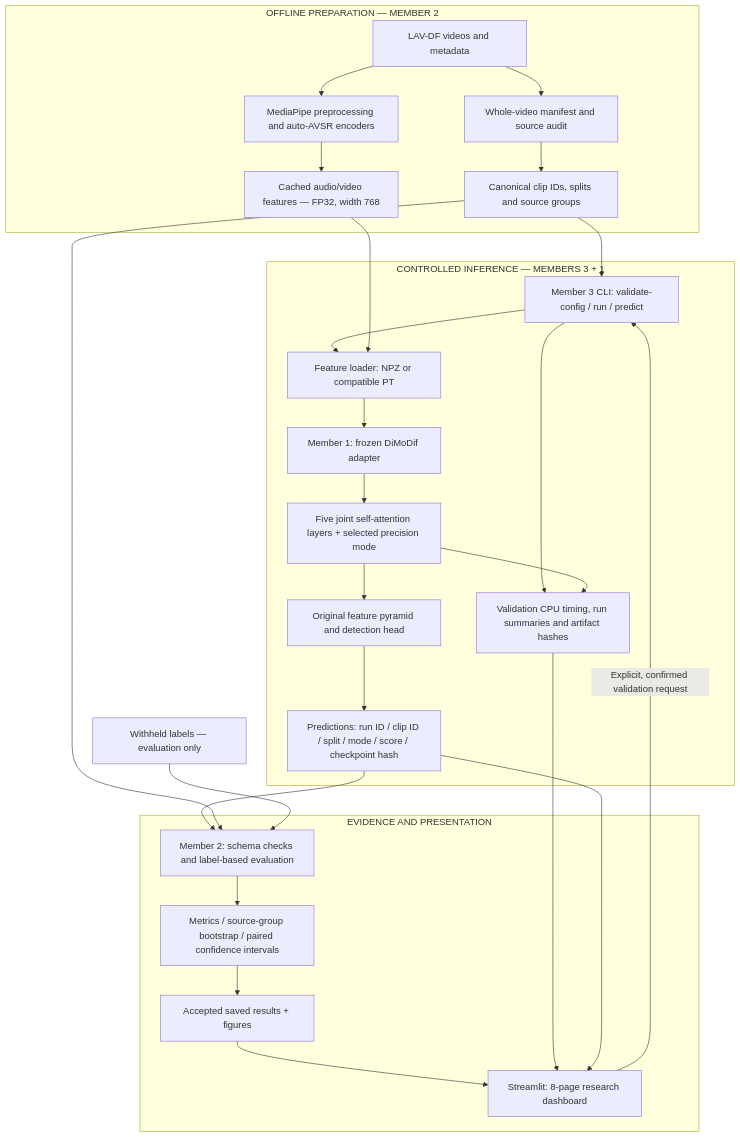
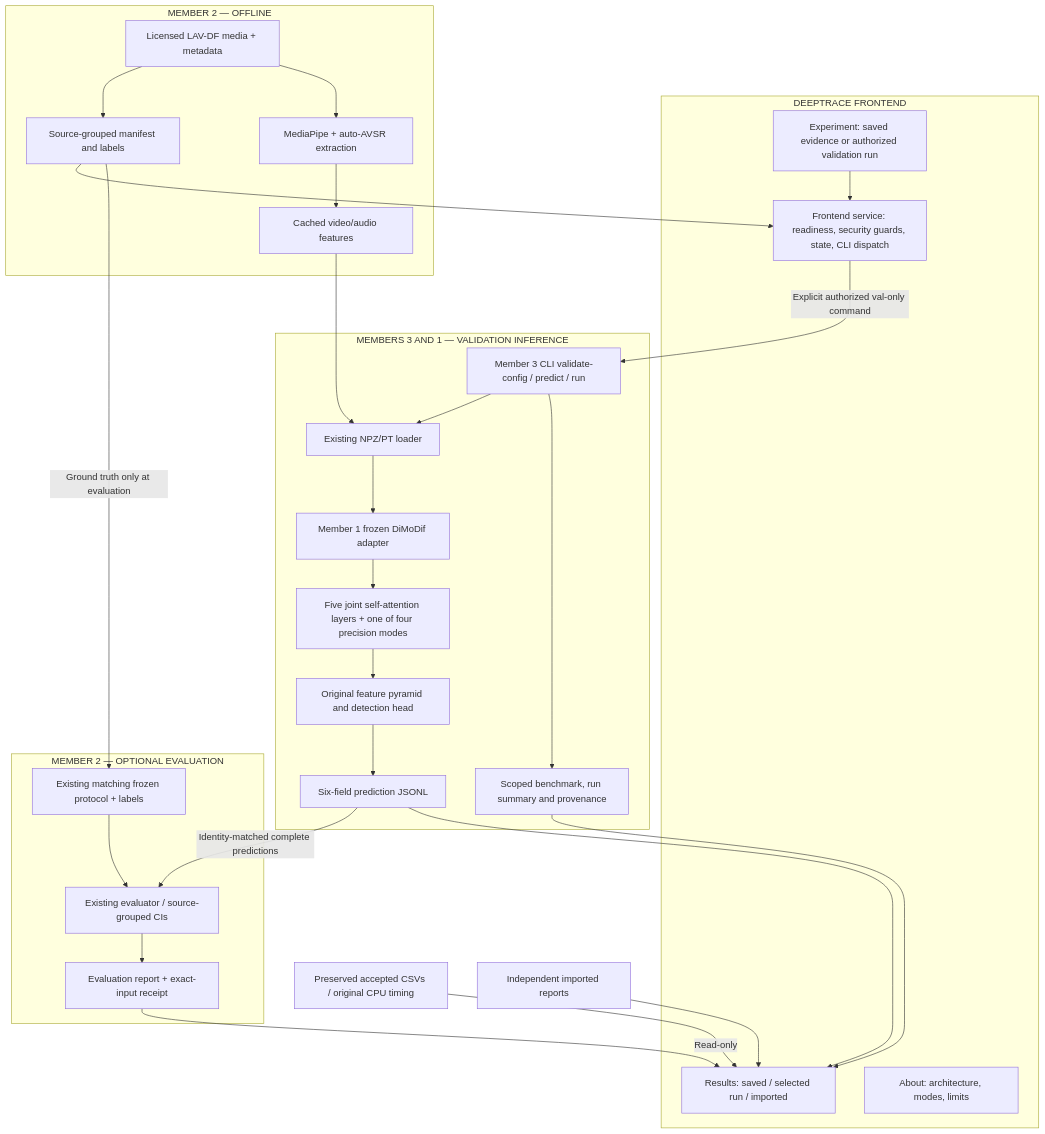
The second of 2 diagrams in README.md (SudarshanG9/AFML-project), drawn with Mermaid before and after one commit. The commit also changed other lines of this file, not shown here.

````diff
--- a/README.md
+++ b/README.md
@@ -184,38 +187,34 @@
 ```mermaid
 flowchart TB
-    subgraph OFFLINE["OFFLINE PREPARATION — MEMBER 2"]
-        A["LAV-DF videos and metadata"] --> B["Whole-video manifest and source audit"]
-        A --> C["MediaPipe preprocessing and auto-AVSR encoders"]
-        C --> D["Cached audio/video features — FP32, width 768"]
-        B --> E["Canonical clip IDs, splits and source groups"]
+    subgraph UX["DEEPTRACE FRONTEND"]
+        A["Experiment: saved evidence or authorized validation run"] --> B["Frontend service: readiness, security guards, state, CLI dispatch"]
+        C["Results: saved / selected run / imported"]
+        D["About: architecture, modes, limits"]
     end
-
-    subgraph RUNTIME["CONTROLLED INFERENCE — MEMBERS 3 + 1"]
-        F["Member 3 CLI: validate-config / run / predict"]
-        G["Feature loader: NPZ or compatible PT"]
-        H["Member 1: frozen DiMoDif adapter"]
-        I["Five joint self-attention layers + selected precision mode"]
-        J["Original feature pyramid and detection head"]
-        K["Predictions: run ID / clip ID / split / mode / score / checkpoint hash"]
-        L["Validation CPU timing, run summaries and artifact hashes"]
-        F --> G --> H --> I --> J --> K
-        F --> L
-        I --> L
+    subgraph OFF["MEMBER 2 — OFFLINE"]
+        E["Licensed LAV-DF media + metadata"] --> F["Source-grouped manifest and labels"]
+        E --> G["MediaPipe + auto-AVSR extraction"] --> H["Cached video/audio features"]
     end
-
-    subgraph ANALYSIS["EVIDENCE AND PRESENTATION"]
-        M["Member 2: schema checks and label-based evaluation"]
-        N["Metrics / source-group bootstrap / paired confidence intervals"]
-        O["Accepted saved results + figures"]
-        P["Streamlit: 8-page research dashboard"]
-        K --> M --> N --> O --> P
-        L --> P
-        K --> P
+    subgraph INFER["MEMBERS 3 AND 1 — VALIDATION INFERENCE"]
+        I["Member 3 CLI validate-config / predict / run"] --> J["Existing NPZ/PT loader"]
+        J --> K["Member 1 frozen DiMoDif adapter"]
+        K --> L["Five joint self-attention layers + one of four precision modes"]
+        L --> M["Original feature pyramid and detection head"]
+        M --> N["Six-field prediction JSONL"]
+        I --> O["Scoped benchmark, run summary and provenance"]
     end
-
-    D --> G
-    E --> F
-    E --> M
-    Q["Withheld labels — evaluation only"] --> M
-    P -->|"Explicit, confirmed validation request"| F
+    subgraph EVAL["MEMBER 2 — OPTIONAL EVALUATION"]
+        P["Existing matching frozen protocol + labels"] --> Q["Existing evaluator / source-grouped CIs"]
+        Q --> R["Evaluation report + exact-input receipt"]
+    end
+    B -->|"Explicit authorized val-only command"| I
+    H --> J
+    F --> B
+    F -->|"Ground truth only at evaluation"| P
+    N -->|"Identity-matched complete predictions"| Q
+    N --> C
+    O --> C
+    R --> C
+    S["Preserved accepted CSVs / original CPU timing"] -->|"Read-only"| C
+    T["Independent imported reports"] --> C
 ```
````
